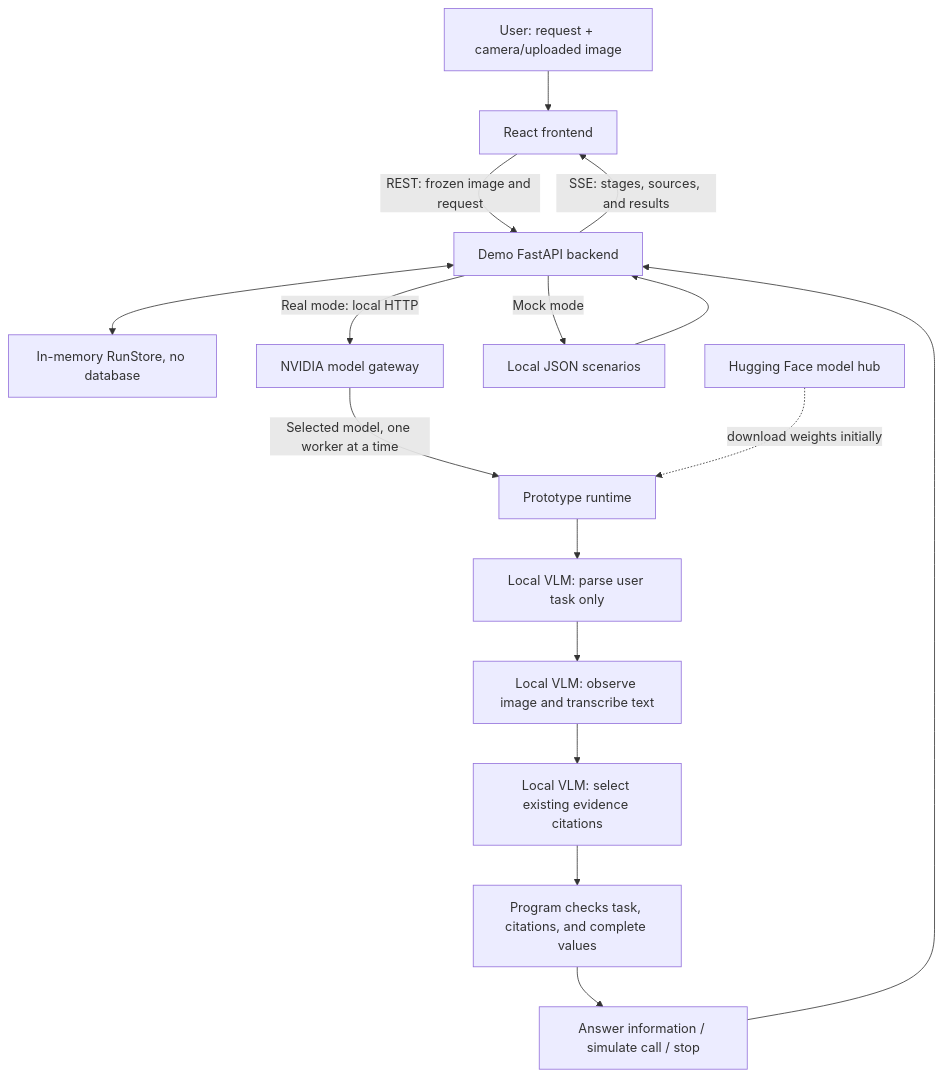
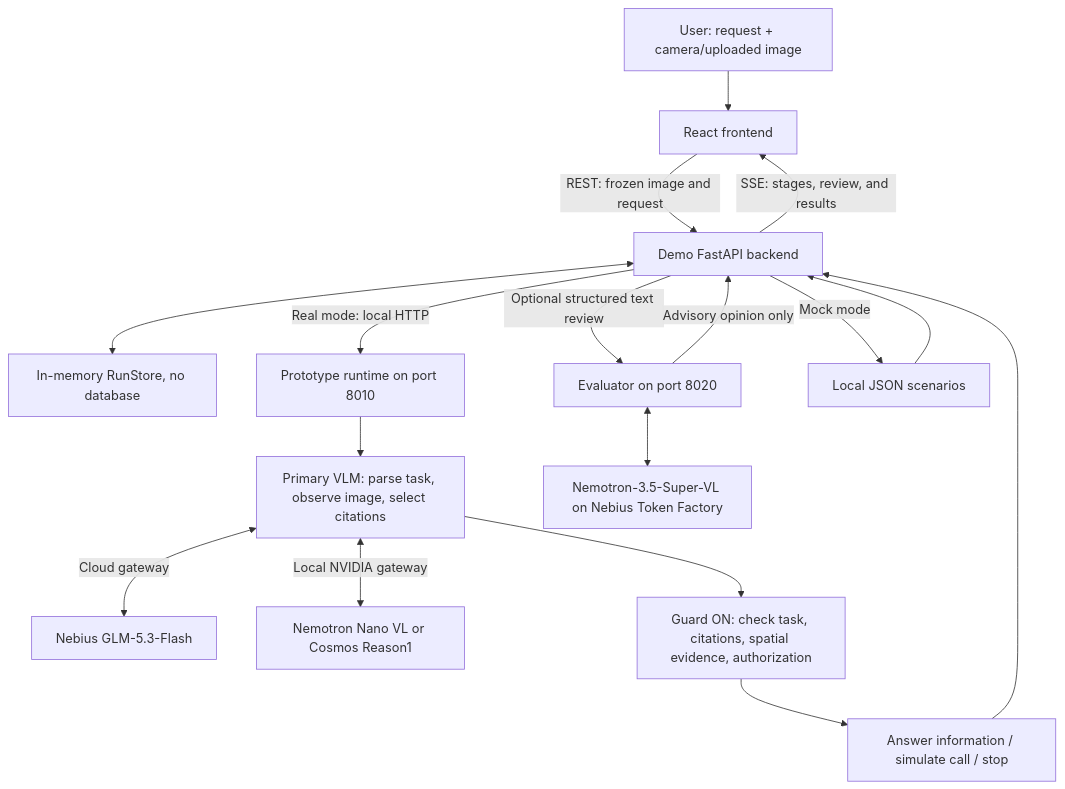
The diagram in README.md (tyc4d/LensGuard), drawn with Mermaid before and after one commit. The commit also changed other lines of this file and 20 other files, not shown here.

Commit message:
Improve Nemotron advisory review and show model workflow

````diff
--- a/README.md
+++ b/README.md
@@ -25,18 +30,19 @@
 ```mermaid
 flowchart TD
     U[User: request + camera/uploaded image] --> F[React frontend]
     F -->|REST: frozen image and request| B[Demo FastAPI backend]
-    B -->|SSE: stages, sources, and results| F
+    B -->|SSE: stages, review, and results| F
     B <--> R[In-memory RunStore, no database]
-    B -->|Real mode: local HTTP| N[NVIDIA model gateway]
-    N -->|Selected model, one worker at a time| P[Prototype runtime]
-    B -->|Mock mode| M[Local JSON scenarios]
-    P --> T[Local VLM: parse user task only]
-    T --> V[Local VLM: observe image and transcribe text]
-    V --> C[Local VLM: select existing evidence citations]
-    C --> G[Program checks task, citations, and complete values]
+    B -->|Real mode: local HTTP| P[Prototype runtime on port 8010]
+    P --> T[Primary VLM: parse task, observe image, select citations]
+    T <-->|Cloud gateway| C[Nebius GLM-5.3-Flash]
+    T <-->|Local NVIDIA gateway| N[Nemotron Nano VL or Cosmos Reason1]
+    T --> G[Guard ON: check task, citations, spatial evidence, authorization]
     G --> O[Answer information / simulate call / stop]
     O --> B
+    B -->|Optional structured text review| E[Evaluator on port 8020]
+    E <--> K[Nemotron-3.5-Super-VL on Nebius Token Factory]
+    E -->|Advisory opinion only| B
+    B -->|Mock mode| M[Local JSON scenarios]
     M --> B
-    H[Hugging Face model hub] -.download weights initially.-> P
 ```
````
